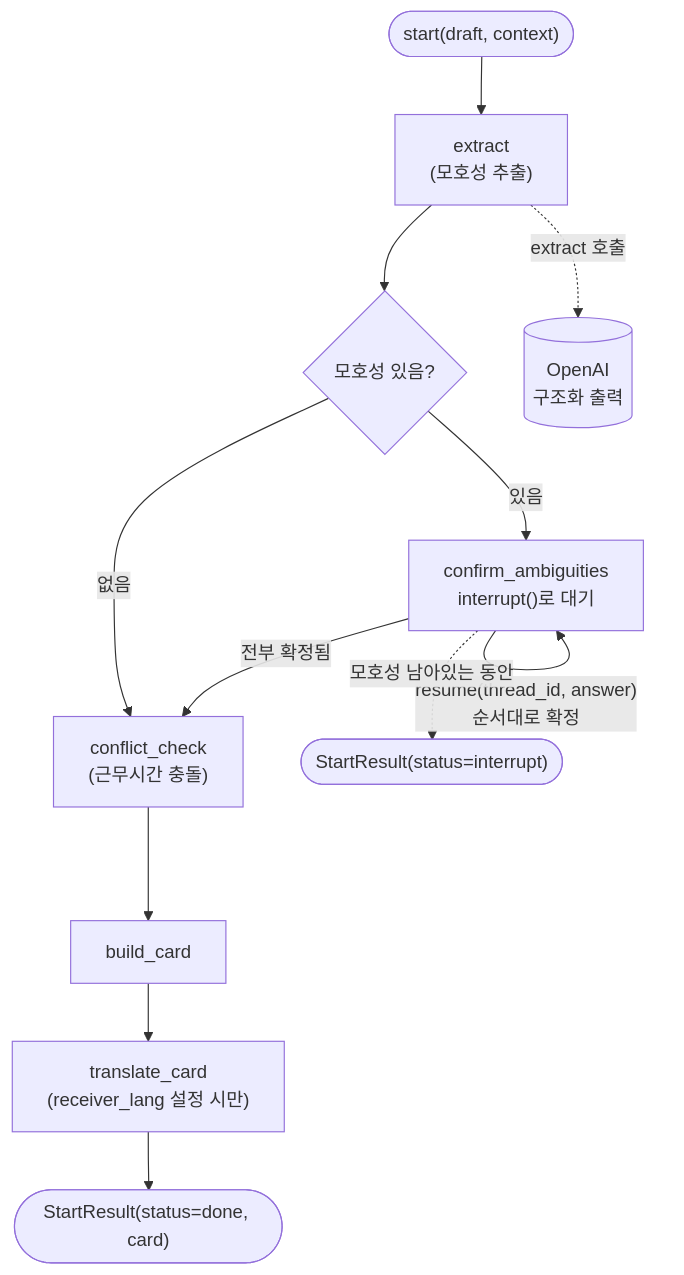
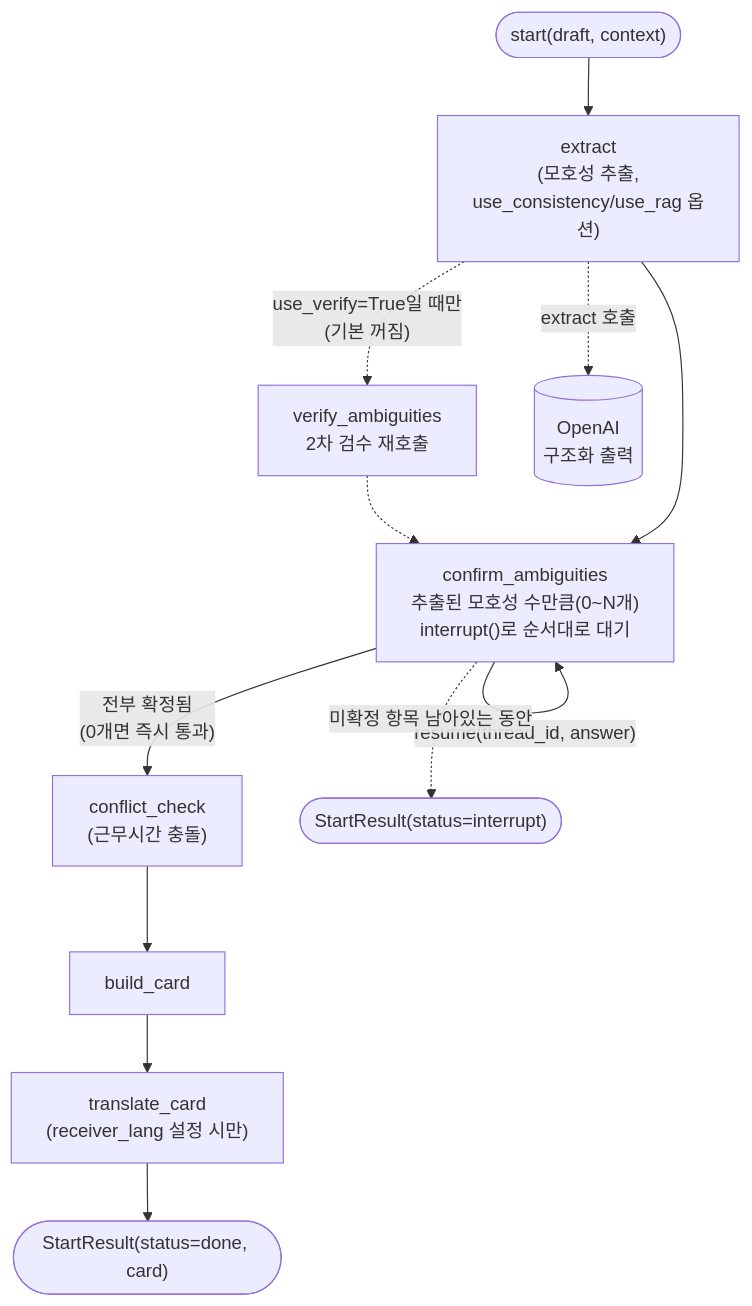
Before and after one commit to LikeLion-Hackathon-Borderless/AI: the first of 2 diagrams in README.md, drawn with Mermaid. The commit also changed other lines of this file, not shown here.

Commit message:
docs: fix architecture diagram to match code, drop UI-needed column

````diff
--- a/README.md
+++ b/README.md
@@ -51,16 +51,17 @@
 ```mermaid
 flowchart TB
-    IN(["start(draft, context)"]) --> EX["extract\n(모호성 추출)"]
-    EX --> CA{모호성 있음?}
-    CA -->|있음| INT["confirm_ambiguities\ninterrupt()로 대기"]
-    CA -->|없음| CC[conflict_check]
-    INT -->|"resume(thread_id, answer)\n순서대로 확정"| INT
-    INT -->|전부 확정됨| CC
+    IN(["start(draft, context)"]) --> EX["extract\n(모호성 추출,\nuse_consistency/use_rag 옵션)"]
+    EX -.->|"use_verify=True일 때만\n(기본 꺼짐)"| VER["verify_ambiguities\n2차 검수 재호출"]
+    VER -.-> CONF
+    EX --> CONF
+    CONF["confirm_ambiguities\n추출된 모호성 수만큼(0~N개)\ninterrupt()로 순서대로 대기"]
+    CONF -->|"resume(thread_id, answer)"| CONF
+    CONF -->|"전부 확정됨\n(0개면 즉시 통과)"| CC
     CC["conflict_check\n(근무시간 충돌)"] --> BC[build_card]
     BC --> TR["translate_card\n(receiver_lang 설정 시만)"]
     TR --> OUT(["StartResult(status=done, card)"])
-    INT -.->|모호성 남아있는 동안| OUT2(["StartResult(status=interrupt)"])
+    CONF -.->|미확정 항목 남아있는 동안| OUT2(["StartResult(status=interrupt)"])
 
     LLM[(OpenAI\n구조화 출력)]
     EX -.->|extract 호출| LLM
 ```
````
